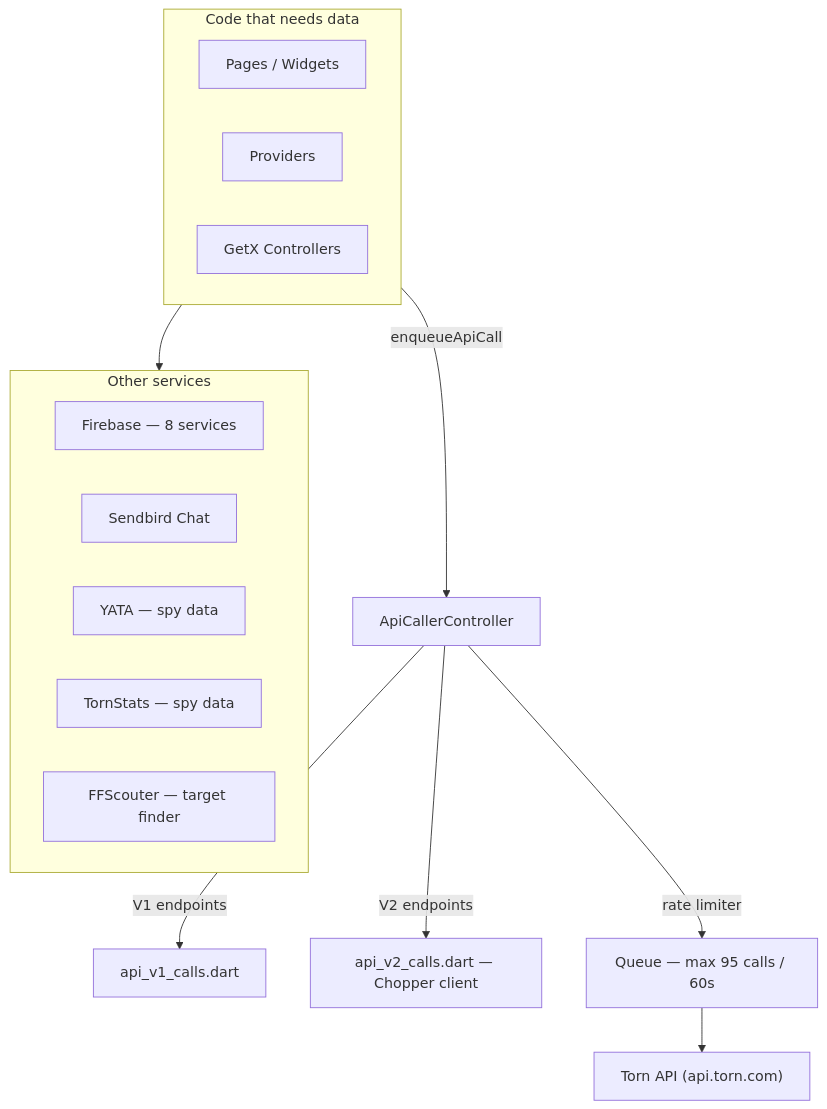
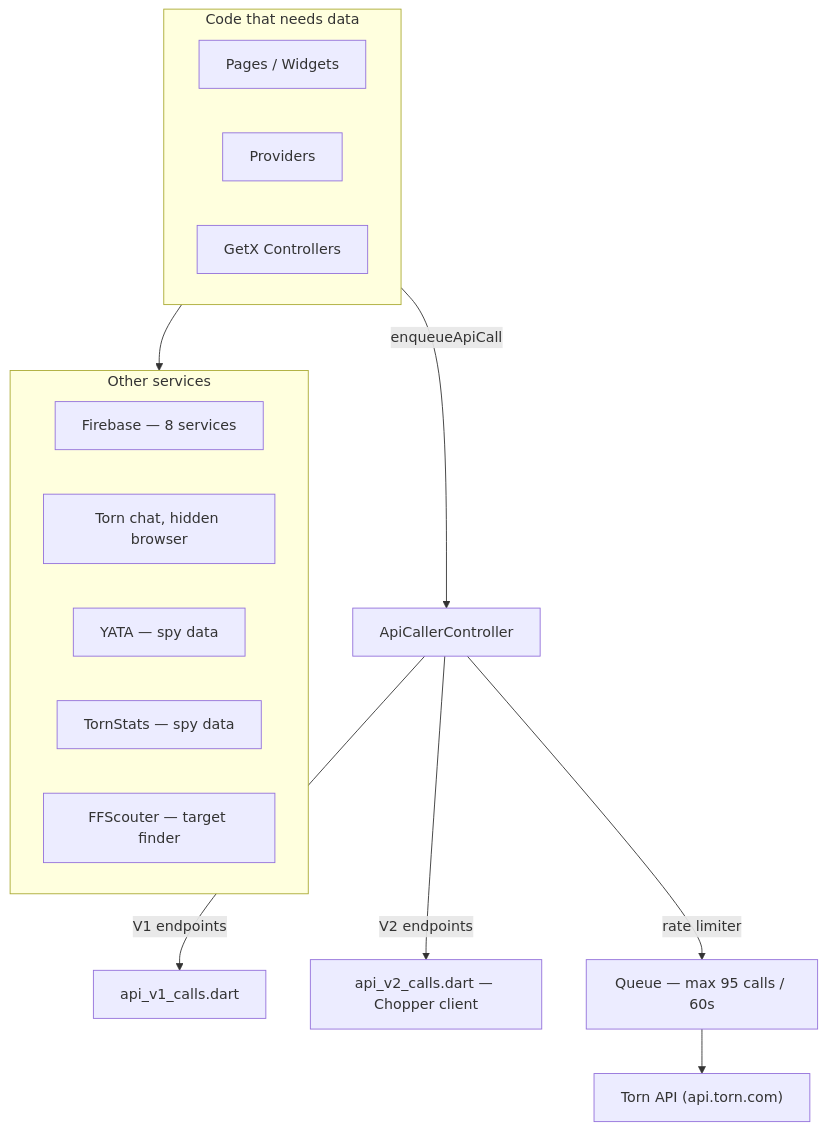
The seventh of 9 diagrams in docs/architecture.md (Manuito83/torn-pda), drawn with Mermaid before and after one commit. The commit also changed other lines of this file and 194 other files, not shown here.

Commit message:
Chat: native Torn chat replaces Sendbird

````diff
--- a/docs/architecture.md
+++ b/docs/architecture.md
@@ -254,26 +251,26 @@
 ```mermaid
 flowchart TD
     subgraph Callers["Code that needs data"]
         C1[Pages / Widgets]
         C2[Providers]
         C3[GetX Controllers]
     end
 
     Callers -->|enqueueApiCall| ACC[ApiCallerController]
 
     ACC -->|V1 endpoints| V1[api_v1_calls.dart]
     ACC -->|V2 endpoints| V2[api_v2_calls.dart — Chopper client]
 
     ACC -->|rate limiter| RL["Queue — max 95 calls / 60s"]
     RL --> TORN["Torn API (api.torn.com)"]
 
     subgraph External["Other services"]
         FB[Firebase — 8 services]
-        SB[Sendbird Chat]
+        TC[Torn chat, hidden browser]
         YATA[YATA — spy data]
         TS[TornStats — spy data]
         FFS[FFScouter — target finder]
     end
 
     Callers --> External
 ```
````
